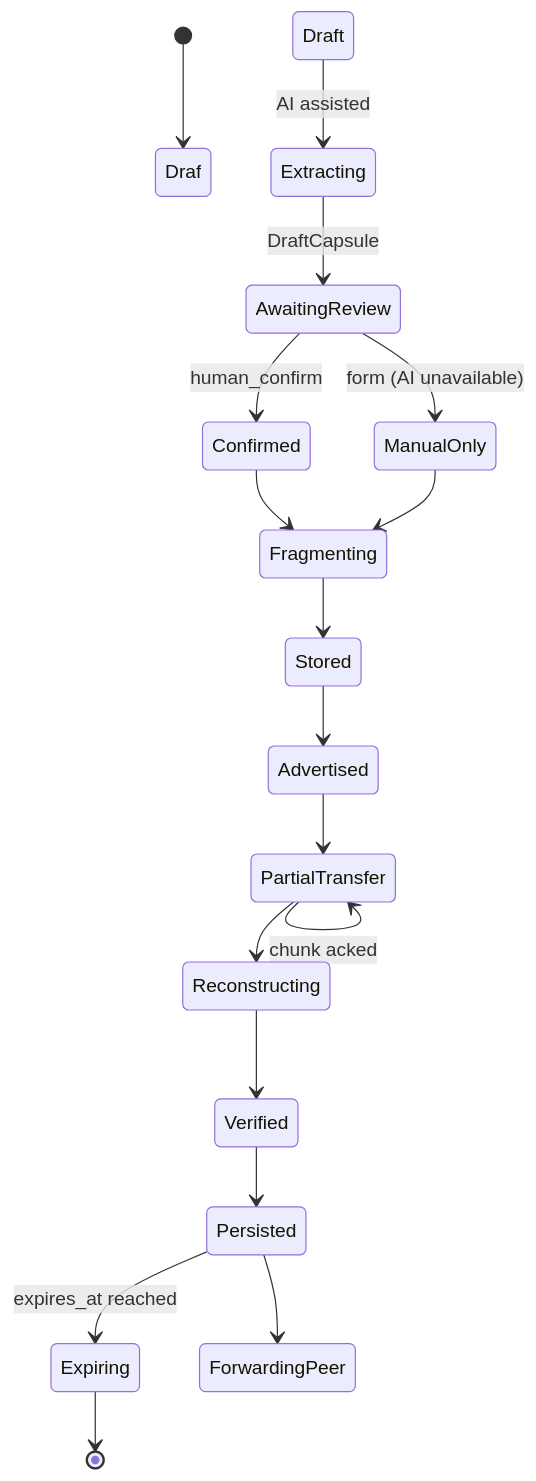
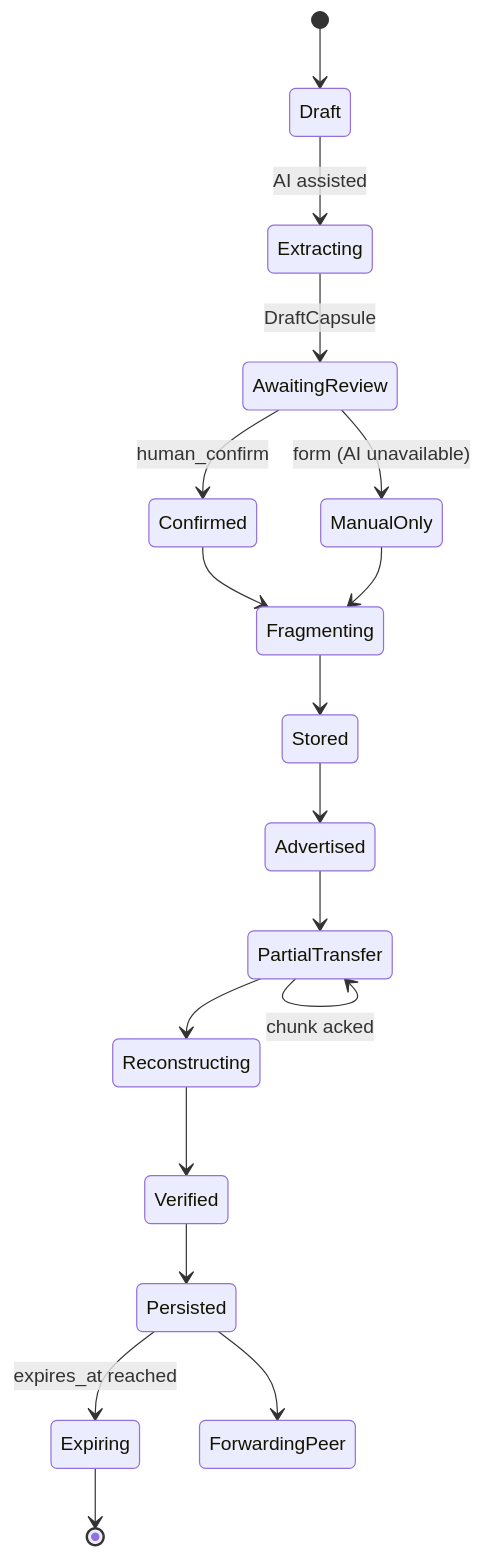
Before and after one commit to Rifat-Hossain49/July_hackathon: the first of 4 diagrams in PROTOCOL_SPEC.md, drawn with Mermaid. The commit also changed other lines of this file and 13 other files, not shown here.

````diff
--- a/PROTOCOL_SPEC.md
+++ b/PROTOCOL_SPEC.md
@@ -686,20 +688,20 @@
 ```mermaid
 stateDiagram-v2
-  [*] --> Draf
+  [*] --> Draft
   Draft --> Extracting: AI assisted
   Extracting --> AwaitingReview: DraftCapsule
   AwaitingReview --> Confirmed: human_confirm
   AwaitingReview --> ManualOnly: form (AI unavailable)
   Confirmed --> Fragmenting
   ManualOnly --> Fragmenting
   Fragmenting --> Stored
   Stored --> Advertised
   Advertised --> PartialTransfer
   PartialTransfer --> PartialTransfer: chunk acked
   PartialTransfer --> Reconstructing
   Reconstructing --> Verified
   Verified --> Persisted
   Persisted --> Expiring: expires_at reached
   Persisted --> ForwardingPeer
   Expiring --> [*]
 ```
````
